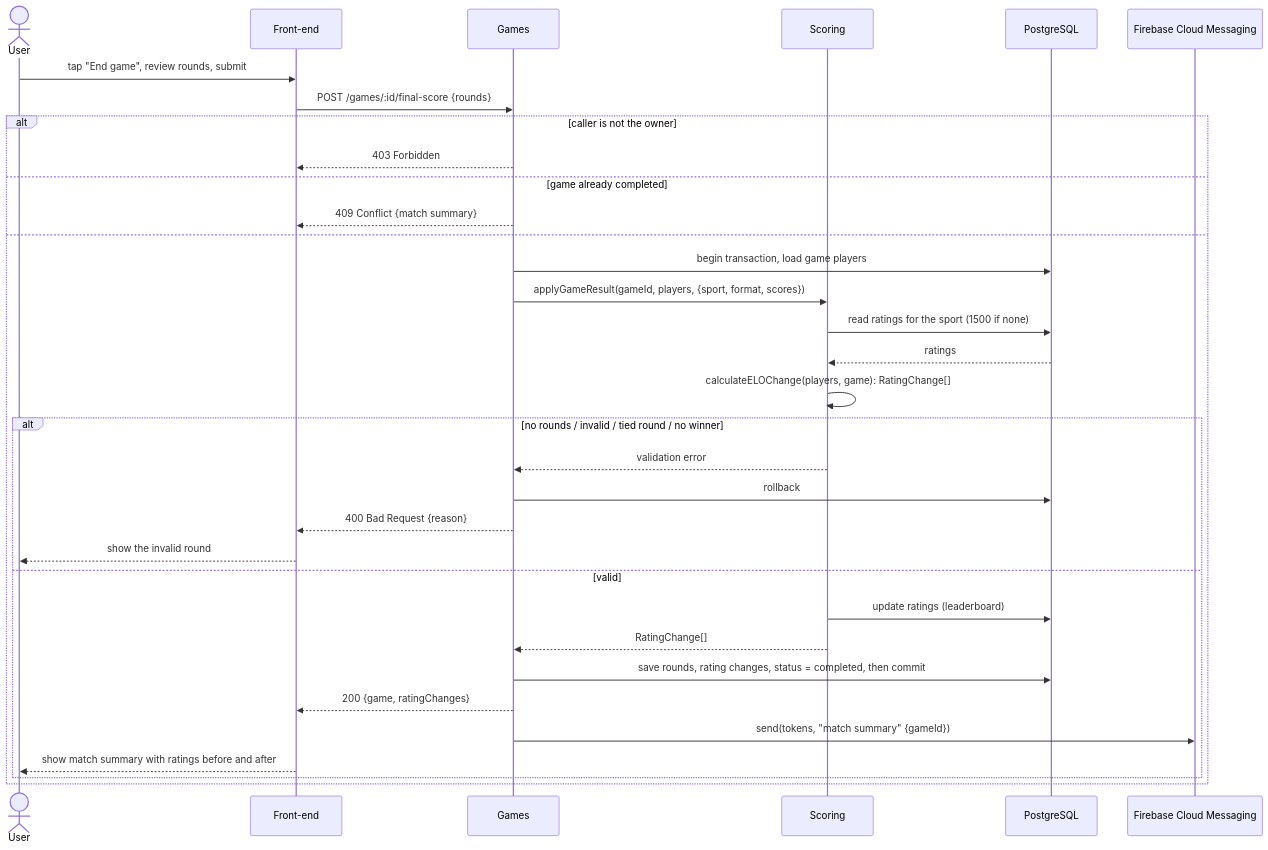
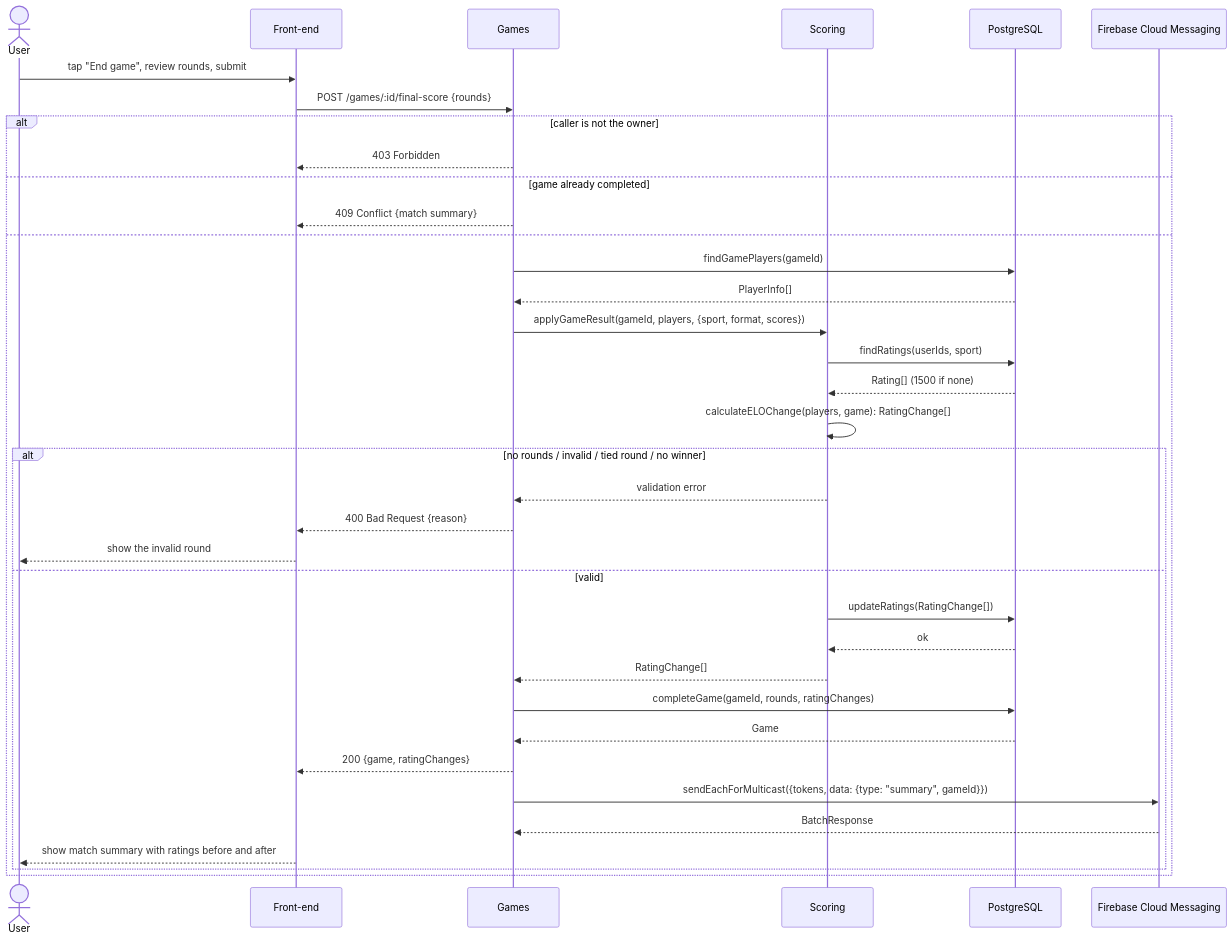
Before and after one commit to donut-cpen321/donut: the fifth of 7 diagrams in documentation/Requirements_and_Design.md, drawn with Mermaid. The commit also changed other lines of this file, not shown here.

````diff
--- a/documentation/Requirements_and_Design.md
+++ b/documentation/Requirements_and_Design.md
@@ -647,36 +671,39 @@
 ```mermaid
 sequenceDiagram
     actor User
     participant FE as Front-end
     participant G as Games
     participant S as Scoring
     participant DB as PostgreSQL
     participant FCM as Firebase Cloud Messaging
 
     User->>FE: tap "End game", review rounds, submit
     FE->>G: POST /games/:id/final-score {rounds}
     alt caller is not the owner
         G-->>FE: 403 Forbidden
     else game already completed
         G-->>FE: 409 Conflict {match summary}
     else
-        G->>DB: begin transaction, load game players
+        G->>DB: findGamePlayers(gameId)
+        DB-->>G: PlayerInfo[]
         G->>S: applyGameResult(gameId, players, {sport, format, scores})
-        S->>DB: read ratings for the sport (1500 if none)
-        DB-->>S: ratings
+        S->>DB: findRatings(userIds, sport)
+        DB-->>S: Rating[] (1500 if none)
         S->>S: calculateELOChange(players, game): RatingChange[]
         alt no rounds / invalid / tied round / no winner
             S-->>G: validation error
-            G->>DB: rollback
             G-->>FE: 400 Bad Request {reason}
             FE-->>User: show the invalid round
         else valid
-            S->>DB: update ratings (leaderboard)
+            S->>DB: updateRatings(RatingChange[])
+            DB-->>S: ok
             S-->>G: RatingChange[]
-            G->>DB: save rounds, rating changes, status = completed, then commit
+            G->>DB: completeGame(gameId, rounds, ratingChanges)
+            DB-->>G: Game
             G-->>FE: 200 {game, ratingChanges}
-            G->>FCM: send(tokens, "match summary" {gameId})
+            G->>FCM: sendEachForMulticast({tokens, data: {type: "summary", gameId}})
+            FCM-->>G: BatchResponse
             FE-->>User: show match summary with ratings before and after
         end
     end
 ```
````
